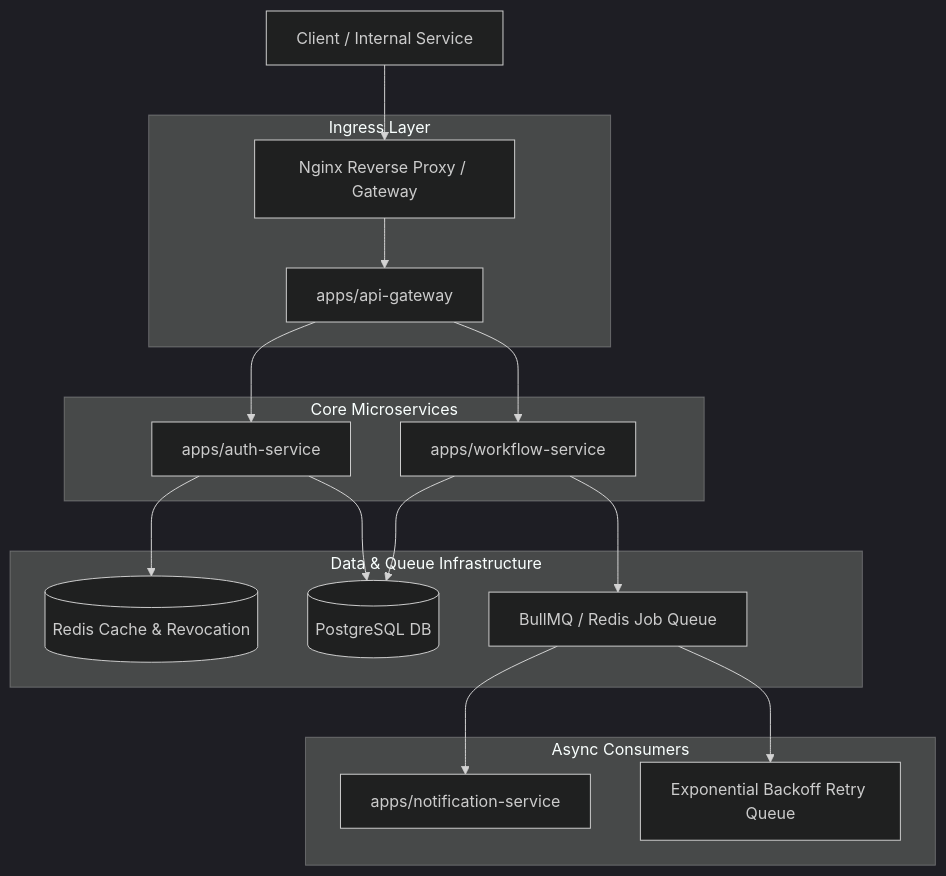
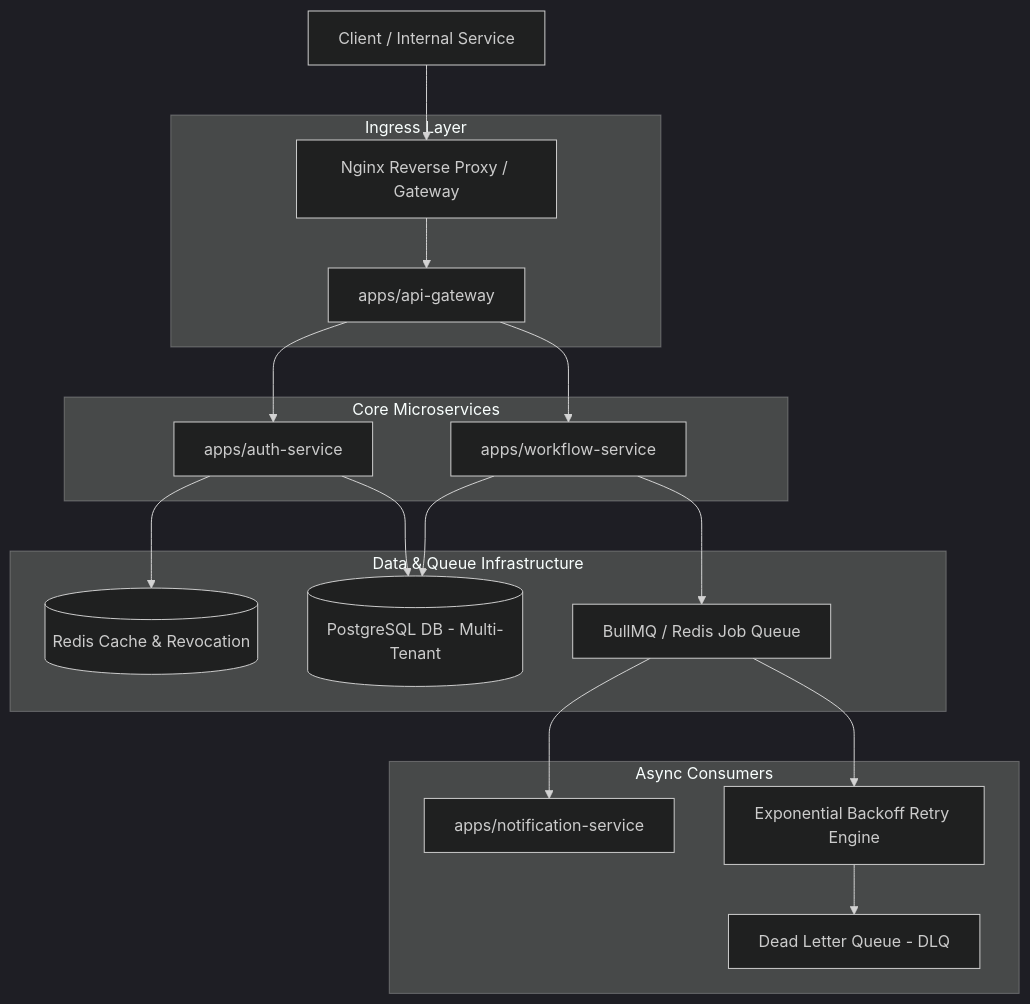
The diagram in README.md (NabarupDev/ForgeGate), drawn with Mermaid (dark theme) before and after one commit. The commit also changed other lines of this file and 48 other files, not shown here.

Commit message:
feat: implement multi-tenancy support, workflow engine services, and updated seed data for ForgeGate architecture

````diff
--- a/README.md
+++ b/README.md
@@ -38,25 +38,26 @@
 ```mermaid
 flowchart TD
     Client[Client / Internal Service] --> Nginx[Nginx Reverse Proxy / Gateway]
     
     subgraph Ingress Layer
         Nginx --> Gateway[apps/api-gateway]
     end
 
     subgraph Core Microservices
         Gateway --> AuthService[apps/auth-service]
         Gateway --> WorkflowEngine[apps/workflow-service]
     end
 
     subgraph Data & Queue Infrastructure
         AuthService --> Redis[(Redis Cache & Revocation)]
-        AuthService --> Postgres[(PostgreSQL DB)]
+        AuthService --> Postgres[(PostgreSQL DB - Multi-Tenant)]
         WorkflowEngine --> Postgres
         WorkflowEngine --> Queue[BullMQ / Redis Job Queue]
     end
 
     subgraph Async Consumers
         Queue --> NotificationWorker[apps/notification-service]
-        Queue --> RetryEngine[Exponential Backoff Retry Queue]
+        Queue --> RetryEngine[Exponential Backoff Retry Engine]
+        RetryEngine --> DLQ[Dead Letter Queue - DLQ]
     end
 ```
````
